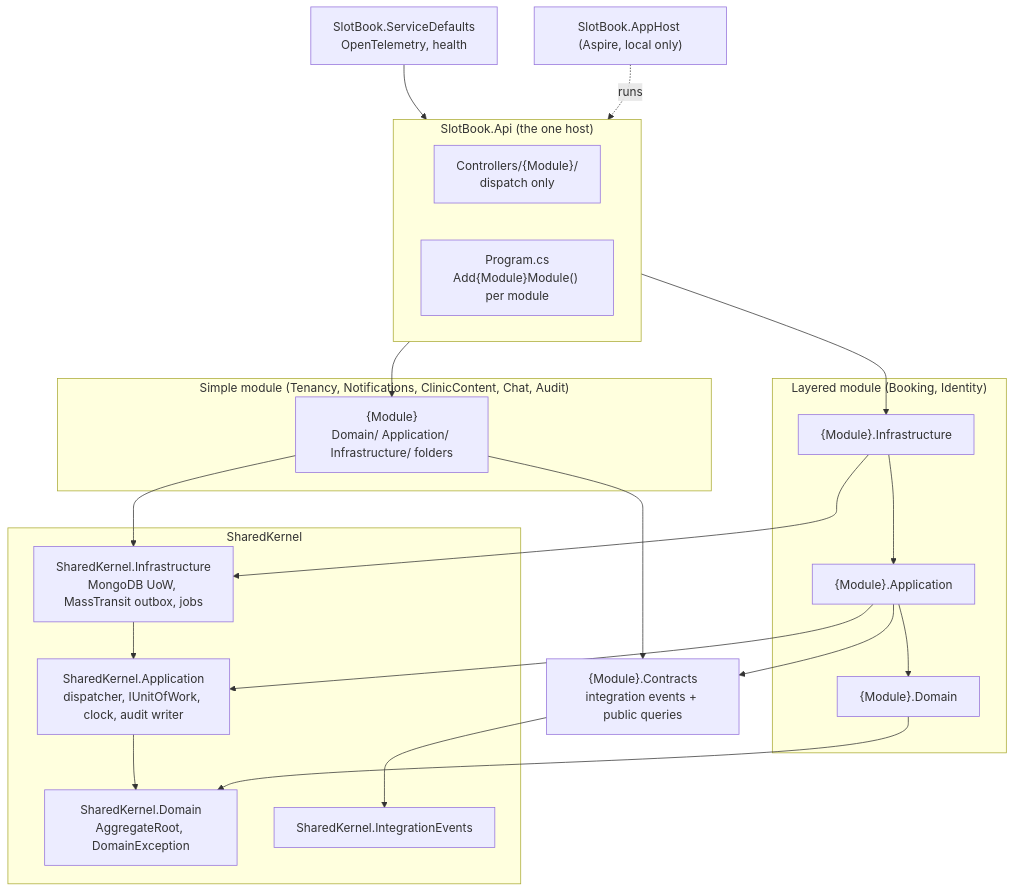
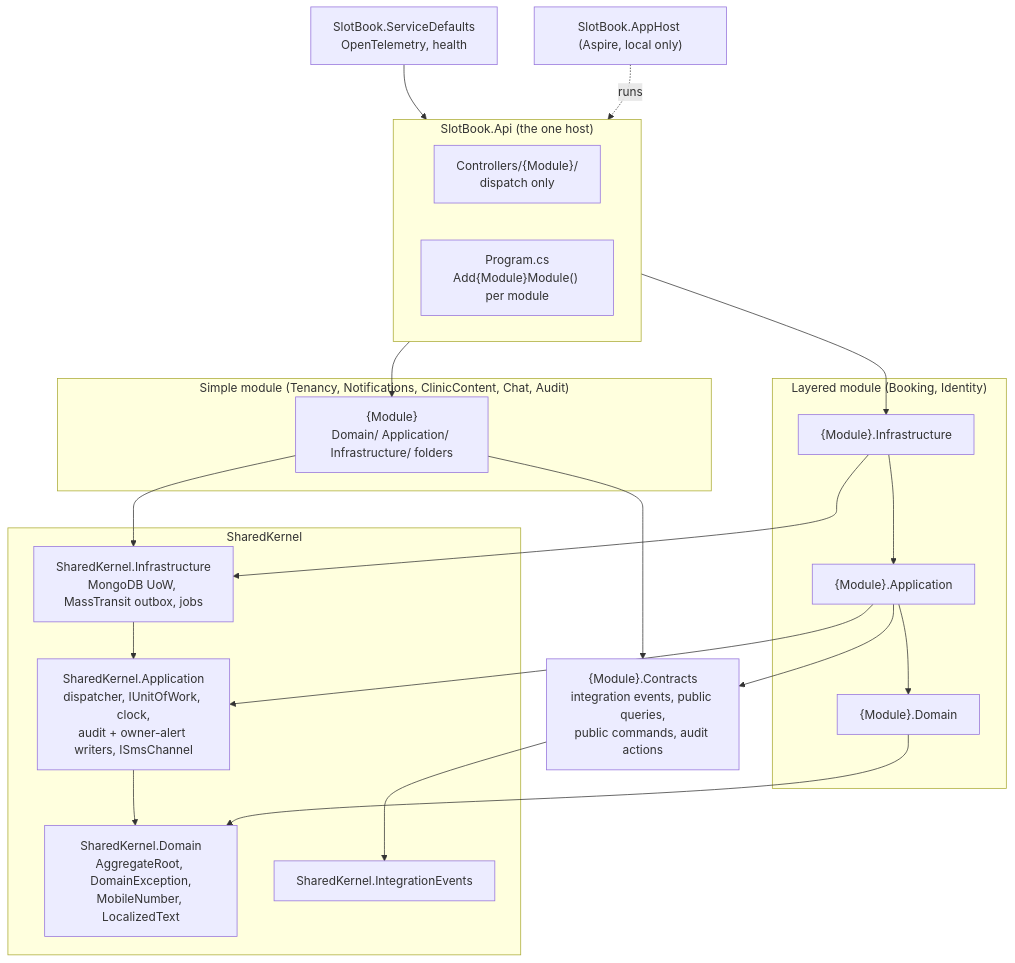
One commit to ashik71/bookingSystem changed the first of 4 diagrams in _bmad-output/initiative-booking-management/architecture-slotbook/architecture-slotbook.md. Above: the diagram before and after it, drawn with Mermaid. The commit also changed other lines of this file and 3 other files, not shown here.

First line of the commit message:
docs: architecture spine — apply adversary and tech-currency reviews

````diff
--- a/_bmad-output/initiative-booking-management/architecture-slotbook/architecture-slotbook.md
+++ b/_bmad-output/initiative-booking-management/architecture-slotbook/architecture-slotbook.md
@@ -43,29 +43,29 @@
 ```mermaid
 flowchart TB
     subgraph Host["SlotBook.Api (the one host)"]
         Ctl["Controllers/{Module}/<br/>dispatch only"]
         Prog["Program.cs<br/>Add{Module}Module() per module"]
     end
     subgraph Layered["Layered module (Booking, Identity)"]
         LI["{Module}.Infrastructure"] --> LA["{Module}.Application"] --> LD["{Module}.Domain"]
     end
     subgraph Simple["Simple module (Tenancy, Notifications, ClinicContent, Chat, Audit)"]
         SM["{Module}<br/>Domain/ Application/ Infrastructure/ folders"]
     end
-    LC["{Module}.Contracts<br/>integration events + public queries"]
+    LC["{Module}.Contracts<br/>integration events, public queries,<br/>public commands, audit actions"]
     subgraph SK["SharedKernel"]
-        SKI["SharedKernel.Infrastructure<br/>MongoDB UoW, MassTransit outbox, jobs"] --> SKA["SharedKernel.Application<br/>dispatcher, IUnitOfWork, clock, audit writer"] --> SKD["SharedKernel.Domain<br/>AggregateRoot, DomainException"]
+        SKI["SharedKernel.Infrastructure<br/>MongoDB UoW, MassTransit outbox, jobs"] --> SKA["SharedKernel.Application<br/>dispatcher, IUnitOfWork, clock,<br/>audit + owner-alert writers, ISmsChannel"] --> SKD["SharedKernel.Domain<br/>AggregateRoot, DomainException,<br/>MobileNumber, LocalizedText"]
         SKE["SharedKernel.IntegrationEvents"]
     end
     Host --> LI
     Host --> SM
     LA --> LC
     SM --> LC
     LC --> SKE
     LI --> SKI
     LA --> SKA
     LD --> SKD
     SM --> SKI
     Defaults["SlotBook.ServiceDefaults<br/>OpenTelemetry, health"] --> Host
     AppHost["SlotBook.AppHost (Aspire, local only)"] -.runs.-> Host
 ```
````
